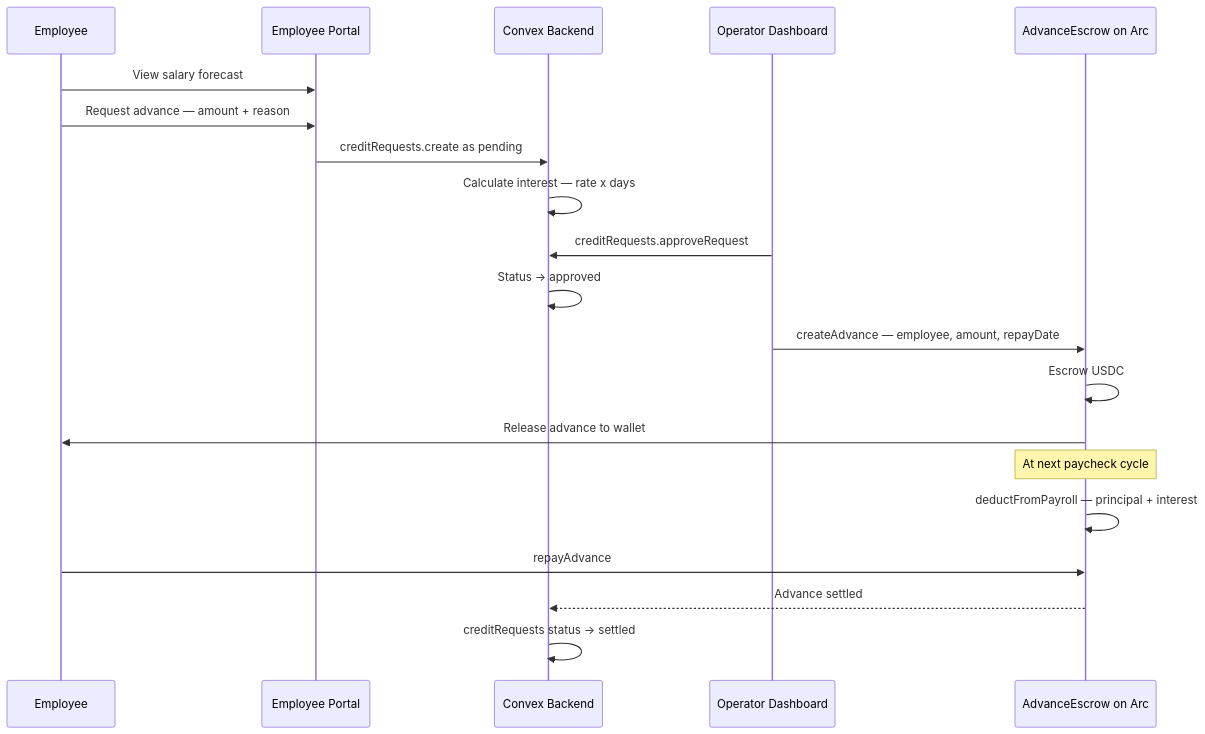
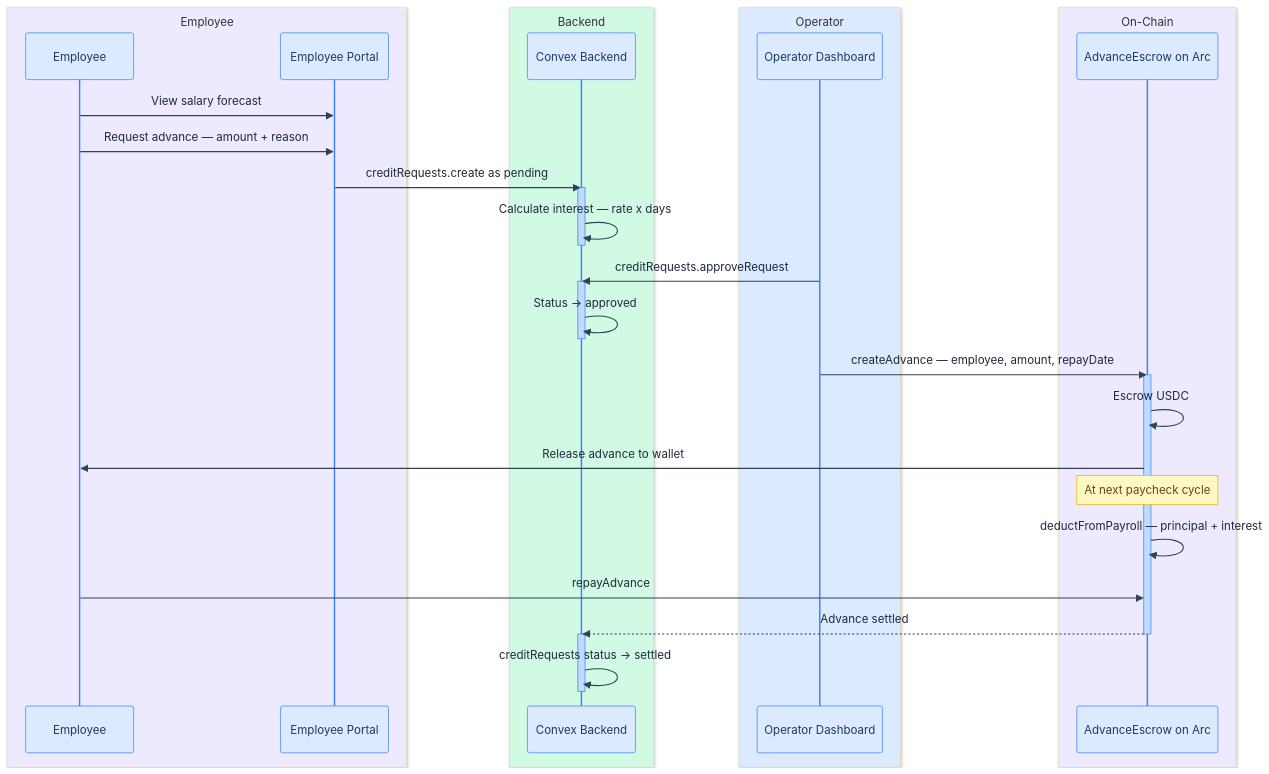
One commit to Cannes2026EthGlobal/webapp changed the sixth of 8 diagrams in ARCHITECTURE.md. Above: the diagram before and after it, drawn with Mermaid. The commit also changed other lines of this file, not shown here.

First line of the commit message:
docs: add colors, themed styling, and legend to architecture diagrams

````diff
--- a/ARCHITECTURE.md
+++ b/ARCHITECTURE.md
@@ -150,23 +271,40 @@
 ```mermaid
+%%{init: {'theme': 'base', 'themeVariables': {'actorBkg': '#dbeafe', 'actorBorder': '#3b82f6', 'actorTextColor': '#1e3a5f', 'activationBkgColor': '#bfdbfe', 'activationBorderColor': '#3b82f6', 'signalColor': '#334155', 'signalTextColor': '#1e293b', 'noteBkgColor': '#fef9c3', 'noteBorderColor': '#eab308', 'noteTextColor': '#713f12'}}}%%
 sequenceDiagram
-    participant EE as Employee
-    participant EP as Employee Portal
-    participant CX as Convex Backend
-    participant Op as Operator Dashboard
-    participant AE as AdvanceEscrow on Arc
+    box rgb(237, 233, 254) Employee
+        participant EE as Employee
+        participant EP as Employee Portal
+    end
+    box rgb(209, 250, 229) Backend
+        participant CX as Convex Backend
+    end
+    box rgb(219, 234, 254) Operator
+        participant Op as Operator Dashboard
+    end
+    box rgb(237, 233, 254) On-Chain
+        participant AE as AdvanceEscrow on Arc
+    end
 
     EE->>EP: View salary forecast
     EE->>EP: Request advance — amount + reason
     EP->>CX: creditRequests.create as pending
+    activate CX
     CX->>CX: Calculate interest — rate x days
+    deactivate CX
     Op->>CX: creditRequests.approveRequest
+    activate CX
     CX->>CX: Status → approved
+    deactivate CX
     Op->>AE: createAdvance — employee, amount, repayDate
+    activate AE
     AE->>AE: Escrow USDC
     AE->>EE: Release advance to wallet
     Note over AE: At next paycheck cycle
     AE->>AE: deductFromPayroll — principal + interest
     EE->>AE: repayAdvance
     AE-->>CX: Advance settled
+    deactivate AE
+    activate CX
     CX->>CX: creditRequests status → settled
+    deactivate CX
 ```
````
